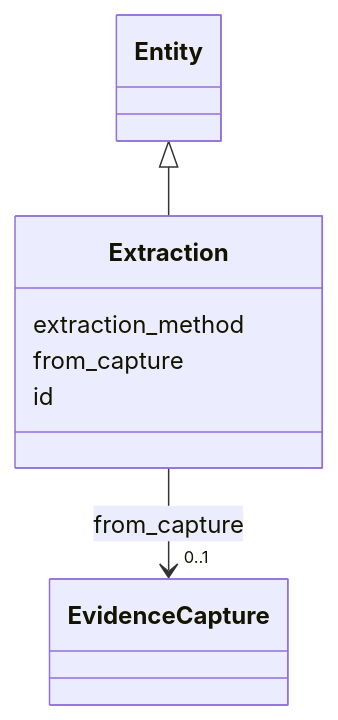
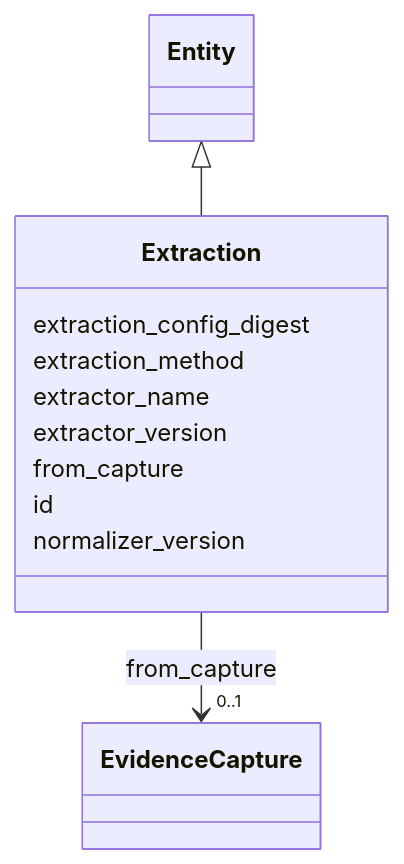
Before and after one commit to SteveVitali/Eleutheria: the diagram in ontology/generated/docs/classes/Extraction.md, drawn with Mermaid. The commit also changed other lines of this file and 94 other files, not shown here.

````diff
--- a/ontology/generated/docs/classes/Extraction.md
+++ b/ontology/generated/docs/classes/Extraction.md
@@ -23,24 +23,32 @@
 ```mermaid
  classDiagram
     class Extraction
     click Extraction href "../../classes/Extraction/"
       Entity <|-- Extraction
         click Entity href "../../classes/Entity/"
       
+      Extraction : extraction_config_digest
+        
       Extraction : extraction_method
+        
+      Extraction : extractor_name
+        
+      Extraction : extractor_version
         
       Extraction : from_capture
         
           
     
         
         
         Extraction --> "0..1" EvidenceCapture : from_capture
         click EvidenceCapture href "../../classes/EvidenceCapture/"
     
 
         
       Extraction : id
         
+      Extraction : normalizer_version
+        
       
 ```
````
